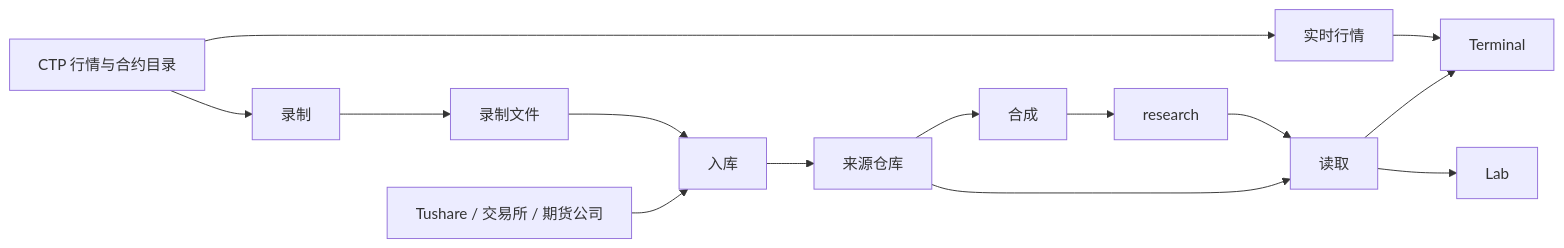
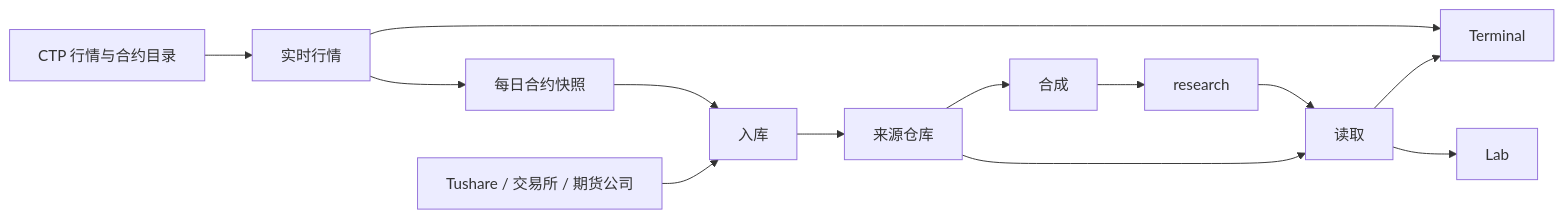
The first of 5 diagrams in docs/market/architecture.md (isqiwen/asterion-terminal), drawn with Mermaid before and after one commit. The commit also changed other lines of this file and 95 other files, not shown here.

````diff
--- a/docs/market/architecture.md
+++ b/docs/market/architecture.md
@@ -9,15 +9,15 @@
 ```mermaid
 flowchart LR
-    CTP[CTP 行情与合约目录] --> Record[录制]
-    Record --> Files[录制文件]
-    CTP --> Live[实时行情] --> Terminal[Terminal]
-    Files --> Ingest[入库]
+    CTP[CTP 行情与合约目录] --> Live[实时行情]
+    Live --> Terminal[Terminal]
+    Live --> Snapshot[每日合约快照]
+    Snapshot --> Ingest[入库]
     Provider[Tushare / 交易所 / 期货公司] --> Ingest
     Ingest --> Sources[来源仓库]
     Sources --> Compose[合成]
     Compose --> Research[research]
     Research --> Read[读取]
     Sources --> Read
     Read --> Terminal
     Read --> Lab[Lab]
 ```
````
